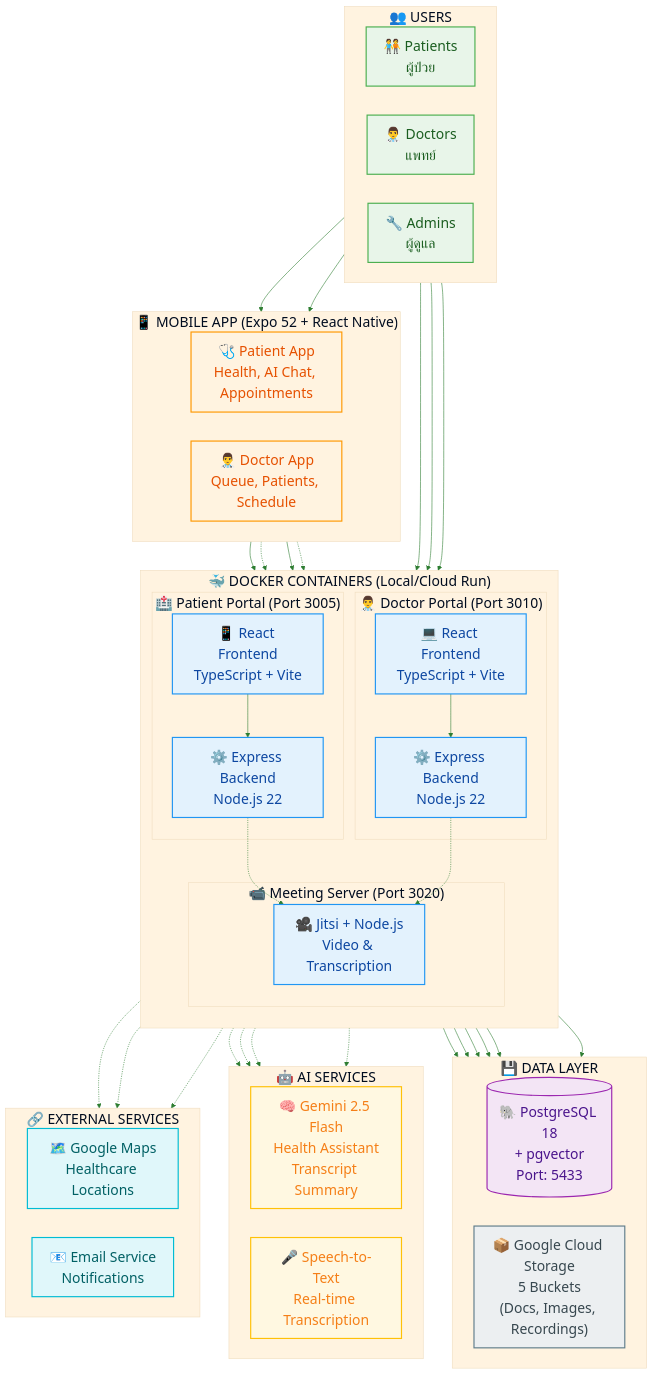
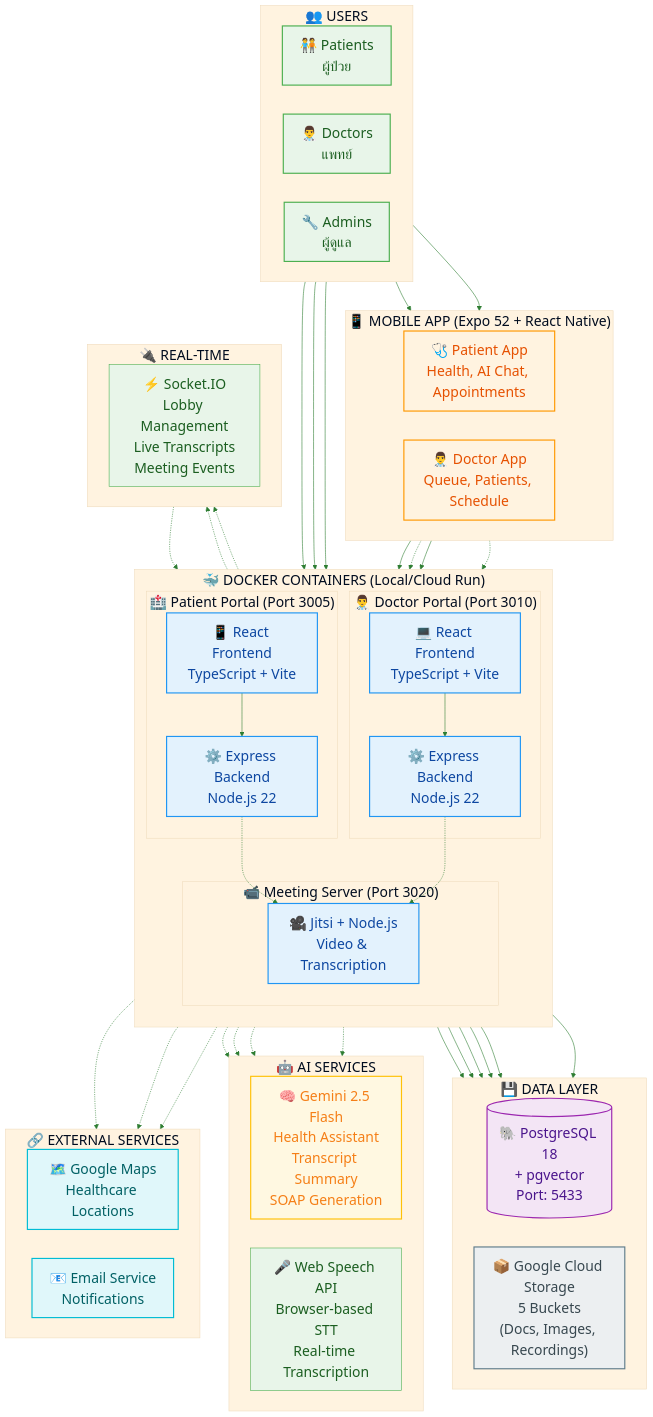
One commit to chiraleo2000/Isara-Anywhere changed the diagram in Presentations/diagrams/01-system-architecture.mmd. Above: the diagram before and after it, drawn with Mermaid. The commit also changed 294 other files, not shown here.

```diff
--- a/Presentations/diagrams/01-system-architecture.mmd
+++ b/Presentations/diagrams/01-system-architecture.mmd
@@ -1,118 +1,128 @@
 %%{init: {
   'theme': 'base',
   'themeVariables': {
     'primaryColor': '#E8F5E9',
     'primaryTextColor': '#1B5E20',
     'primaryBorderColor': '#4CAF50',
     'lineColor': '#2E7D32',
     'secondaryColor': '#E3F2FD',
     'tertiaryColor': '#FFF3E0',
     'fontSize': '24px',
     'fontFamily': 'Segoe UI, Arial'
   }
 }}%%
 
 flowchart TB
     subgraph USERS["👥 USERS"]
         direction LR
         P["🧑‍🤝‍🧑 Patients<br/>ผู้ป่วย"]
         D["👨‍⚕️ Doctors<br/>แพทย์"]
         A["🔧 Admins<br/>ผู้ดูแล"]
     end
 
     subgraph MOBILE["📱 MOBILE APP (Expo 52 + React Native)"]
         direction LR
         M_PAT["🩺 Patient App<br/>Health, AI Chat, Appointments"]
         M_DOC["👨‍⚕️ Doctor App<br/>Queue, Patients, Schedule"]
     end
 
     subgraph CONTAINERS["🐳 DOCKER CONTAINERS (Local/Cloud Run)"]
         direction TB
         subgraph PP_CONT["🏥 Patient Portal (Port 3005)"]
             PP_FE["📱 React Frontend<br/>TypeScript + Vite"]
             PP_BE["⚙️ Express Backend<br/>Node.js 22"]
         end
         subgraph DP_CONT["👨‍⚕️ Doctor Portal (Port 3010)"]
             DP_FE["💻 React Frontend<br/>TypeScript + Vite"]
             DP_BE["⚙️ Express Backend<br/>Node.js 22"]
         end
         subgraph MS_CONT["📹 Meeting Server (Port 3020)"]
             MS["🎥 Jitsi + Node.js<br/>Video & Transcription"]
         end
     end
 
     subgraph DATA_LAYER["💾 DATA LAYER"]
         direction LR
         POSTGRES[("🐘 PostgreSQL 18<br/>+ pgvector<br/>Port: 5433")]
         GCS["📦 Google Cloud Storage<br/>5 Buckets<br/>(Docs, Images, Recordings)"]
     end
 
     subgraph AI_SERVICES["🤖 AI SERVICES"]
         direction LR
-        GEMINI["🧠 Gemini 2.5 Flash<br/>Health Assistant<br/>Transcript Summary"]
-        STT["🎤 Speech-to-Text<br/>Real-time Transcription"]
+        GEMINI["🧠 Gemini 2.5 Flash<br/>Health Assistant<br/>Transcript Summary<br/>SOAP Generation"]
+        WSA["🎤 Web Speech API<br/>Browser-based STT<br/>Real-time Transcription"]
+    end
+
+    subgraph REALTIME["🔌 REAL-TIME"]
+        direction LR
+        SOCKETIO["⚡ Socket.IO<br/>Lobby Management<br/>Live Transcripts<br/>Meeting Events"]
     end
 
     subgraph EXTERNAL["🔗 EXTERNAL SERVICES"]
         direction LR
         MAPS["🗺️ Google Maps<br/>Healthcare Locations"]
         EMAIL["📧 Email Service<br/>Notifications"]
     end
 
     %% User connections
     P --> PP_FE
     P --> M_PAT
     D --> DP_FE
     D --> M_DOC
     A --> DP_FE
 
     %% Mobile to Backend
     M_PAT --> PP_BE
     M_PAT -.-> MS
     M_DOC --> DP_BE
     M_DOC -.-> MS
 
     %% Frontend to Backend
     PP_FE --> PP_BE
     DP_FE --> DP_BE
 
     %% Backend to Database
     PP_BE --> POSTGRES
     DP_BE --> POSTGRES
     MS --> POSTGRES
 
     %% Backend to Storage
     PP_BE --> GCS
     DP_BE --> GCS
     MS --> GCS
 
     %% Backend to AI
     PP_BE -.-> GEMINI
     DP_BE -.-> GEMINI
-    MS -.-> STT
+    DP_FE -.-> WSA
     MS -.-> GEMINI
+
+    %% Real-time connections
+    PP_FE -.-> SOCKETIO
+    DP_FE -.-> SOCKETIO
+    SOCKETIO -.-> MS
 
     %% Backend to External
     PP_BE -.-> MAPS
     PP_BE -.-> EMAIL
     DP_BE -.-> EMAIL
 
     %% Portal to Meeting Server
     PP_BE -.-> MS
     DP_BE -.-> MS
 
     classDef userStyle fill:#E8F5E9,stroke:#4CAF50,stroke-width:2px,color:#1B5E20
     classDef containerStyle fill:#E3F2FD,stroke:#2196F3,stroke-width:2px,color:#0D47A1
     classDef mobileStyle fill:#FFF3E0,stroke:#FF9800,stroke-width:2px,color:#E65100
     classDef dbStyle fill:#F3E5F5,stroke:#9C27B0,stroke-width:2px,color:#4A148C
     classDef storageStyle fill:#ECEFF1,stroke:#607D8B,stroke-width:2px,color:#37474F
     classDef aiStyle fill:#FFF8E1,stroke:#FFC107,stroke-width:2px,color:#F57F17
     classDef serviceStyle fill:#E0F7FA,stroke:#00BCD4,stroke-width:2px,color:#006064
 
     class P,D,A userStyle
     class PP_FE,PP_BE,DP_FE,DP_BE,MS containerStyle
     class M_PAT,M_DOC mobileStyle
     class POSTGRES dbStyle
     class GCS storageStyle
     class GEMINI,STT aiStyle
     class MAPS,EMAIL serviceStyle
```
